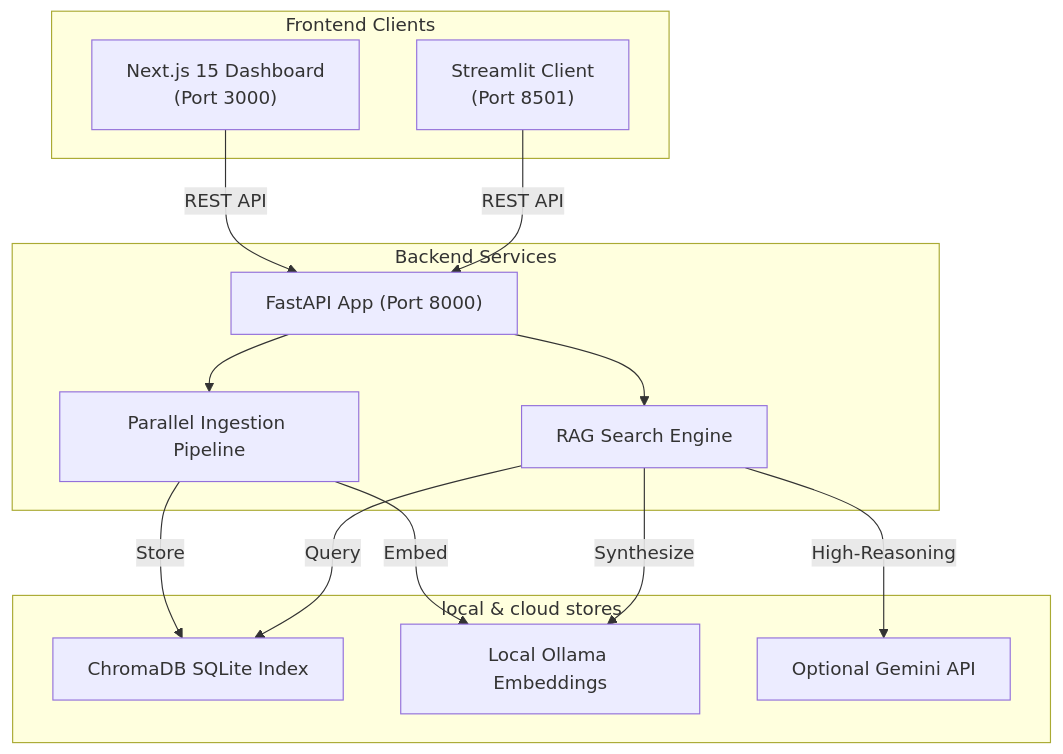
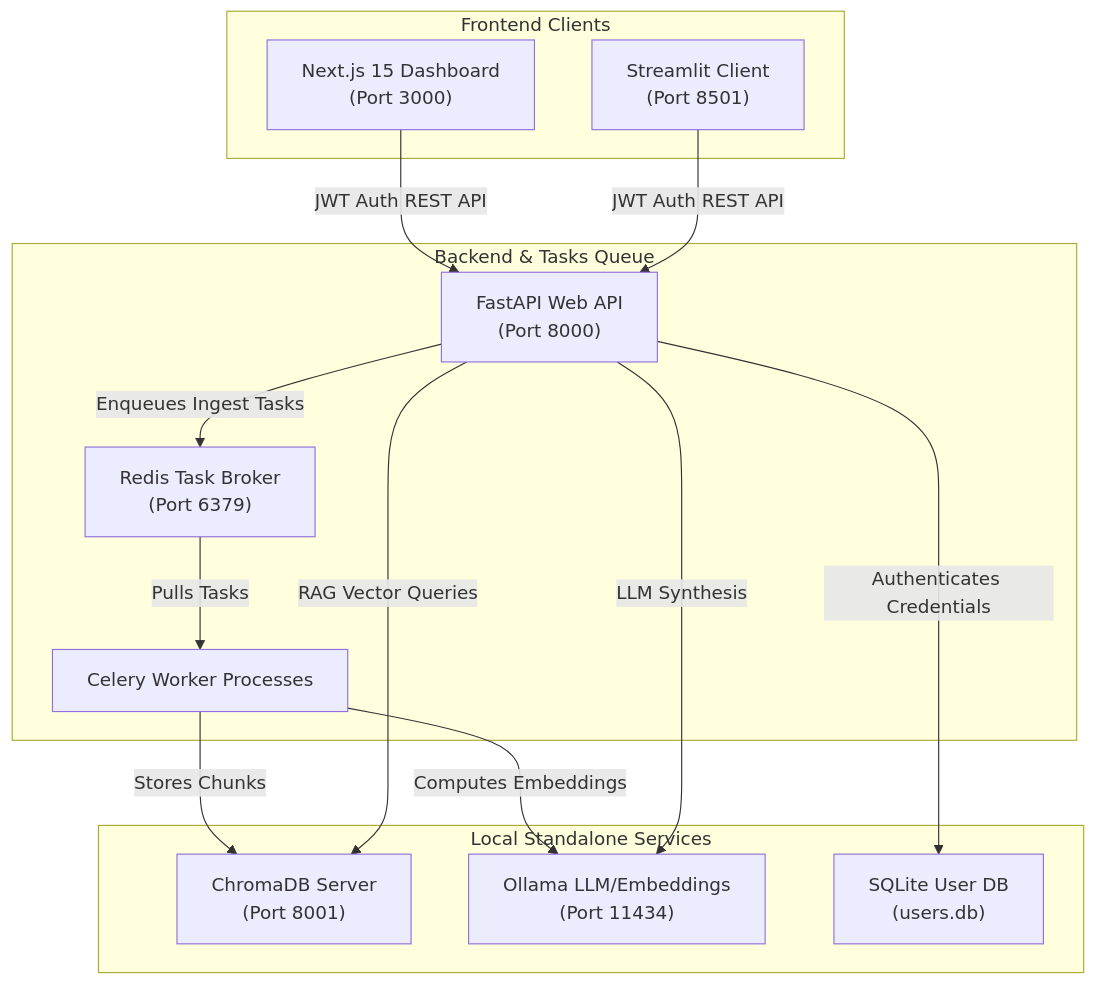
One commit to messaoudimaher/RAG-Powered-Document-Intelligence-Platform changed the diagram in README.md. Above: the diagram before and after it, drawn with Mermaid. The commit also changed other lines of this file, not shown here.

Commit message:
docs: update README with architectural diagram, Celery task queue, query re-ranking, and JWT multi-tenancy auth

````diff
--- a/README.md
+++ b/README.md
@@ -13,29 +13,29 @@
 ```mermaid
 graph TD
     subgraph Frontend Clients
         NextJS["Next.js 15 Dashboard<br>(Port 3000)"]
         Streamlit["Streamlit Client<br>(Port 8501)"]
     end
 
-    subgraph Backend Services
-        API["FastAPI App (Port 8000)"]
-        Ingest["Parallel Ingestion Pipeline"]
-        RAG["RAG Search Engine"]
+    subgraph Backend & Tasks Queue
+        API["FastAPI Web API<br>(Port 8000)"]
+        Redis["Redis Task Broker<br>(Port 6379)"]
+        Worker["Celery Worker Processes"]
     end
 
-    subgraph local & cloud stores
-        Chroma["ChromaDB SQLite Index"]
-        Ollama["Local Ollama Embeddings"]
-        Gemini["Optional Gemini API"]
+    subgraph Local Standalone Services
+        Chroma["ChromaDB Server<br>(Port 8001)"]
+        Ollama["Ollama LLM/Embeddings<br>(Port 11434)"]
+        SQLite["SQLite User DB<br>(users.db)"]
     end
 
-    NextJS -->|REST API| API
-    Streamlit -->|REST API| API
-    API --> Ingest
-    API --> RAG
-    Ingest -->|Embed| Ollama
-    Ingest -->|Store| Chroma
-    RAG -->|Query| Chroma
-    RAG -->|Synthesize| Ollama
-    RAG -->|High-Reasoning| Gemini
+    NextJS -->|JWT Auth REST API| API
+    Streamlit -->|JWT Auth REST API| API
+    API -->|Enqueues Ingest Tasks| Redis
+    Redis -->|Pulls Tasks| Worker
+    Worker -->|Computes Embeddings| Ollama
+    Worker -->|Stores Chunks| Chroma
+    API -->|RAG Vector Queries| Chroma
+    API -->|LLM Synthesis| Ollama
+    API -->|Authenticates Credentials| SQLite
 ```
````
